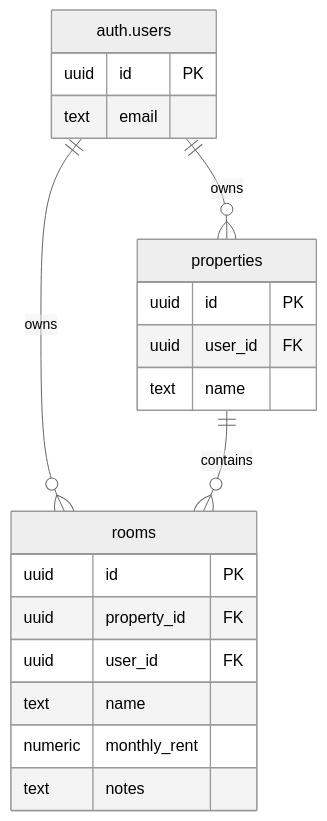
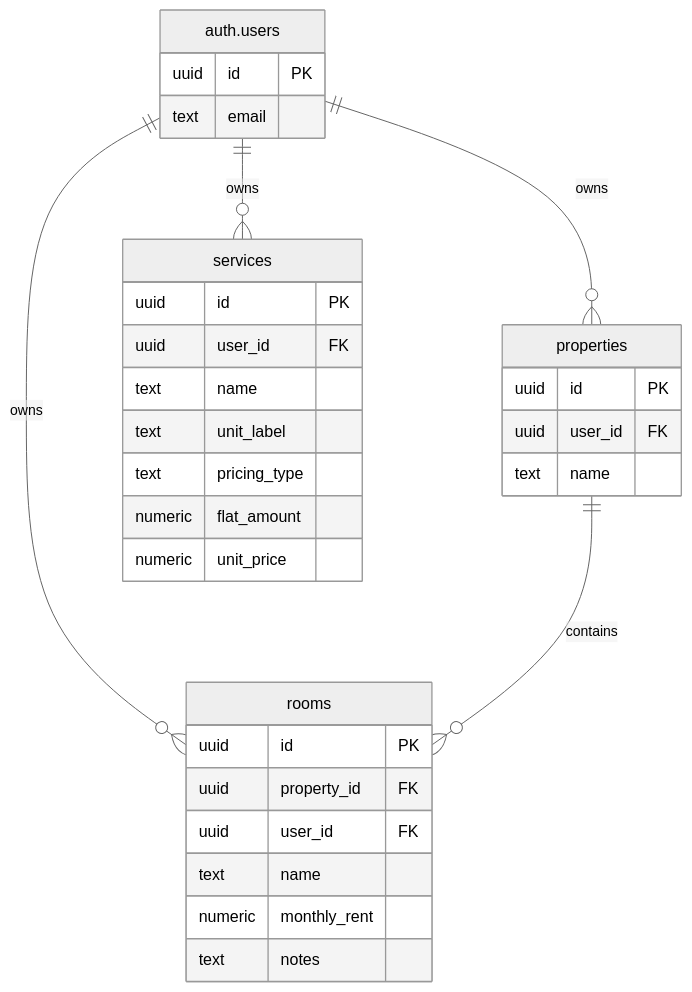
One commit to antritue/lumo changed the diagram in docs/database.md. Above: the diagram before and after it, drawn with Mermaid (neutral theme). The commit also changed other lines of this file and 2 other files, not shown here.

````diff
--- a/docs/database.md
+++ b/docs/database.md
@@ -9,23 +9,33 @@
 ```mermaid
 erDiagram
     "auth.users" ||--o{ properties : "owns"
     "auth.users" ||--o{ rooms : "owns"
+    "auth.users" ||--o{ services : "owns"
     properties ||--o{ rooms : "contains"
     "auth.users" {
         uuid id PK
         text email
     }
     properties {
         uuid id PK
         uuid user_id FK
         text name
     }
     rooms {
         uuid id PK
         uuid property_id FK
         uuid user_id FK
         text name
         numeric monthly_rent
         text notes
     }
+    services {
+        uuid id PK
+        uuid user_id FK
+        text name
+        text unit_label
+        text pricing_type
+        numeric flat_amount
+        numeric unit_price
+    }
 ```
````
